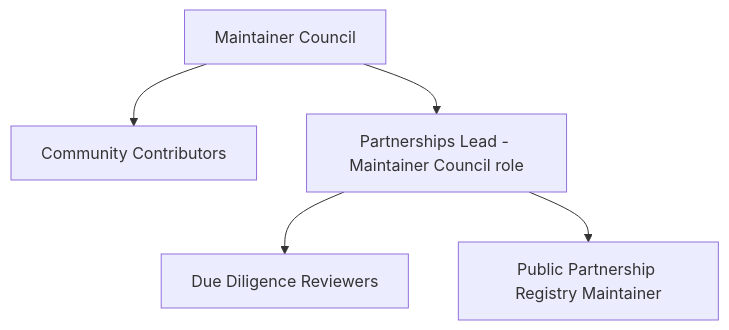
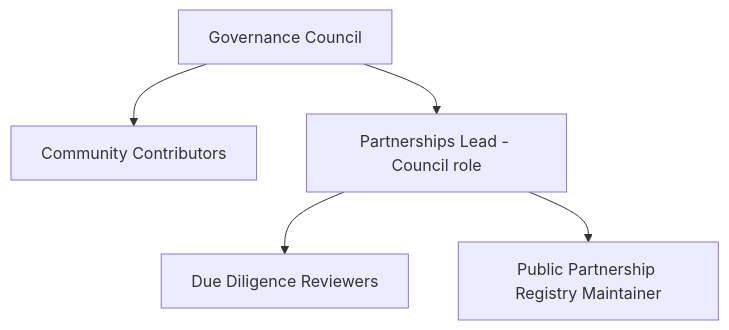
Before and after one commit to Celo-HaiTi/celoht-research: the fourth of 6 diagrams in PARTNERSHIPS.md, drawn with Mermaid. The commit also changed other lines of this file and 20 other files, not shown here.

````diff
--- a/PARTNERSHIPS.md
+++ b/PARTNERSHIPS.md
@@ -370,7 +372,7 @@
 ```mermaid
 flowchart TD
-    MC[Maintainer Council] --> CC[Community Contributors]
-    MC --> PL[Partnerships Lead - Maintainer Council role]
+    GC[Governance Council] --> CC[Community Contributors]
+    GC --> PL[Partnerships Lead - Council role]
     PL --> DD[Due Diligence Reviewers]
     PL --> REG[Public Partnership Registry Maintainer]
 ```
````
